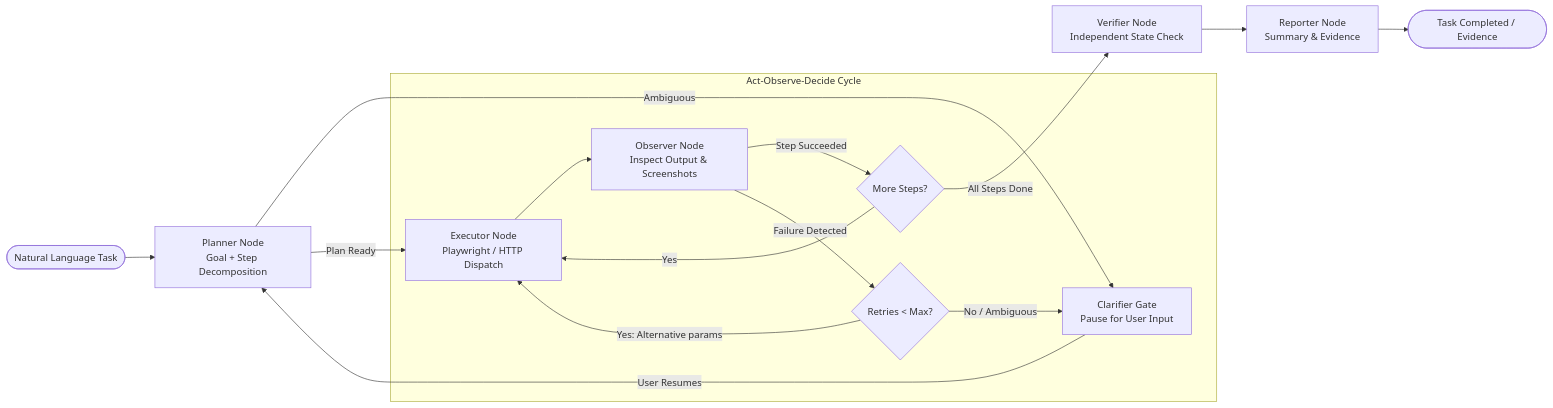
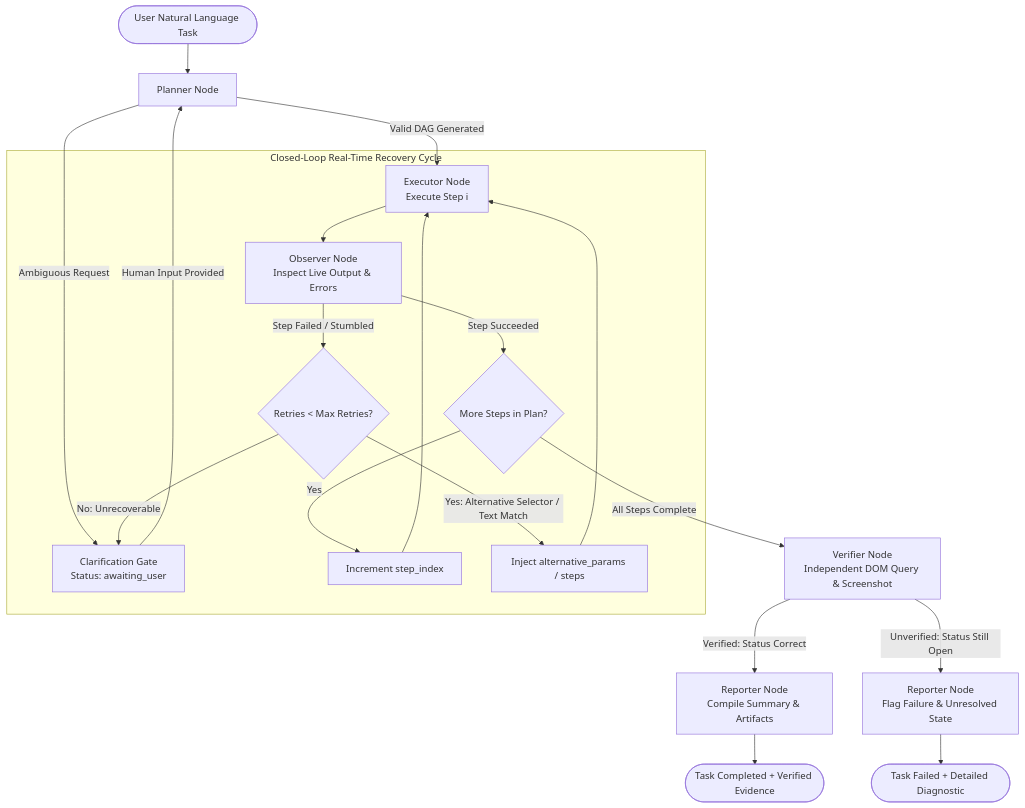
Before and after one commit to Ahad-23/spotify_customer_support_agent: the second of 2 diagrams in README.md, drawn with Mermaid. The commit also changed other lines of this file and 1 other file, not shown here.

````diff
--- a/README.md
+++ b/README.md
@@ -271,20 +60,27 @@
 ```mermaid
-flowchart LR
-    Task([Natural Language Task]) --> Planner[Planner Node\nGoal + Step Decomposition]
-    Planner -->|Ambiguous| Clarifier[Clarifier Gate\nPause for User Input]
-    Planner -->|Plan Ready| Executor[Executor Node\nPlaywright / HTTP Dispatch]
+flowchart TD
+    START([User Natural Language Task]) --> P[Planner Node]
     
-    subgraph CoreLoop["Act-Observe-Decide Cycle"]
-        Executor --> Observer[Observer Node\nInspect Output & Screenshots]
-        Observer -->|Step Succeeded| NextStep{More Steps?}
-        NextStep -->|Yes| Executor
-        Observer -->|Failure Detected| Retry{Retries < Max?}
-        Retry -->|Yes: Alternative params| Executor
-        Retry -->|No / Ambiguous| Clarifier
+    P -->|Ambiguous Request| CLARIFY[Clarification Gate\nStatus: awaiting_user]
+    CLARIFY -->|Human Input Provided| P
+    
+    P -->|Valid DAG Generated| EXEC[Executor Node\nExecute Step i]
+    
+    subgraph ClosedLoop["Closed-Loop Real-Time Recovery Cycle"]
+        EXEC --> OBS[Observer Node\nInspect Live Output & Errors]
+        OBS -->|Step Succeeded| CHECK_MORE{More Steps in Plan?}
+        CHECK_MORE -->|Yes| NEXT_STEP[Increment step_index] --> EXEC
+        
+        OBS -->|Step Failed / Stumbled| ADAPT{Retries < Max Retries?}
+        ADAPT -->|Yes: Alternative Selector / Text Match| INJECT[Inject alternative_params / steps] --> EXEC
+        ADAPT -->|No: Unrecoverable| CLARIFY
     end
 
-    NextStep -->|All Steps Done| Verifier[Verifier Node\nIndependent State Check]
-    Verifier --> Reporter[Reporter Node\nSummary & Evidence]
-    Clarifier -->|User Resumes| Planner
-    Reporter --> Done([Task Completed / Evidence])
+    CHECK_MORE -->|All Steps Complete| VERIFY[Verifier Node\nIndependent DOM Query & Screenshot]
+    
+    VERIFY -->|Verified: Status Correct| REPORT[Reporter Node\nCompile Summary & Artifacts]
+    VERIFY -->|Unverified: Status Still Open| REPORT_FAIL[Reporter Node\nFlag Failure & Unresolved State]
+    
+    REPORT --> DONE([Task Completed + Verified Evidence])
+    REPORT_FAIL --> FAILED([Task Failed + Detailed Diagnostic])
 ```
````
